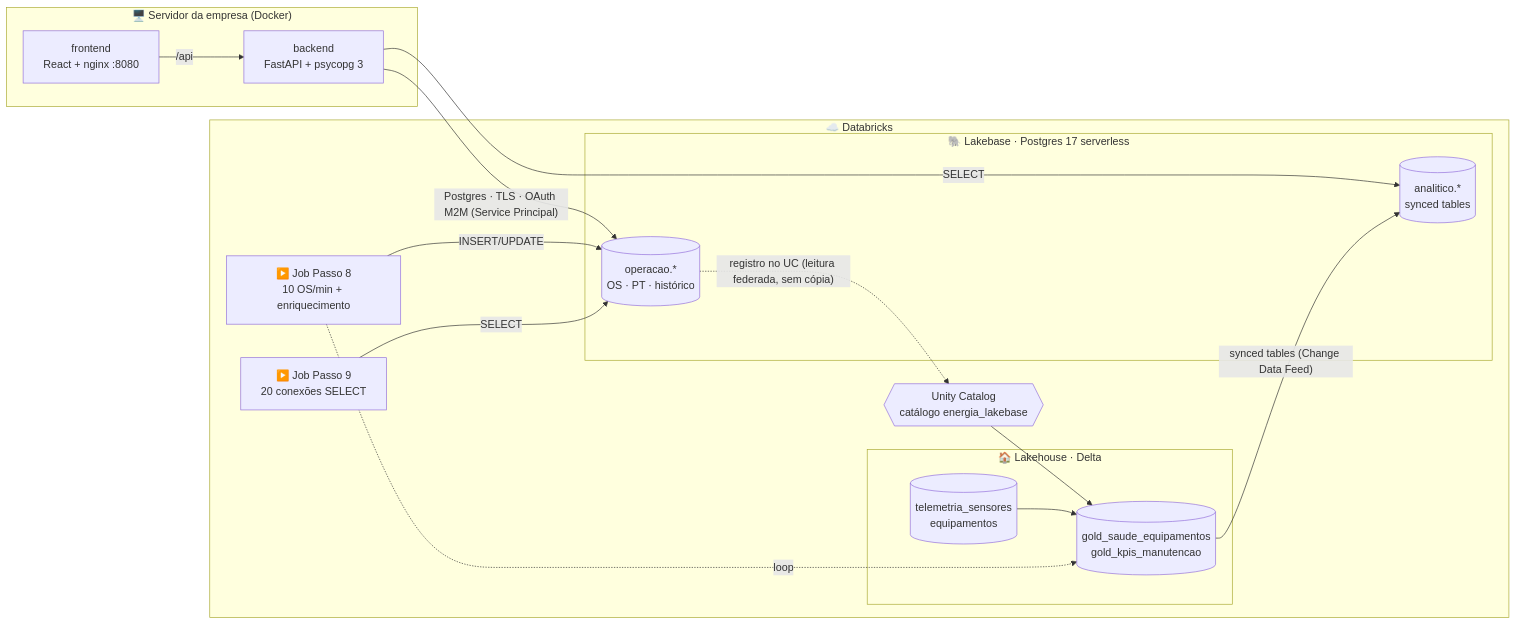
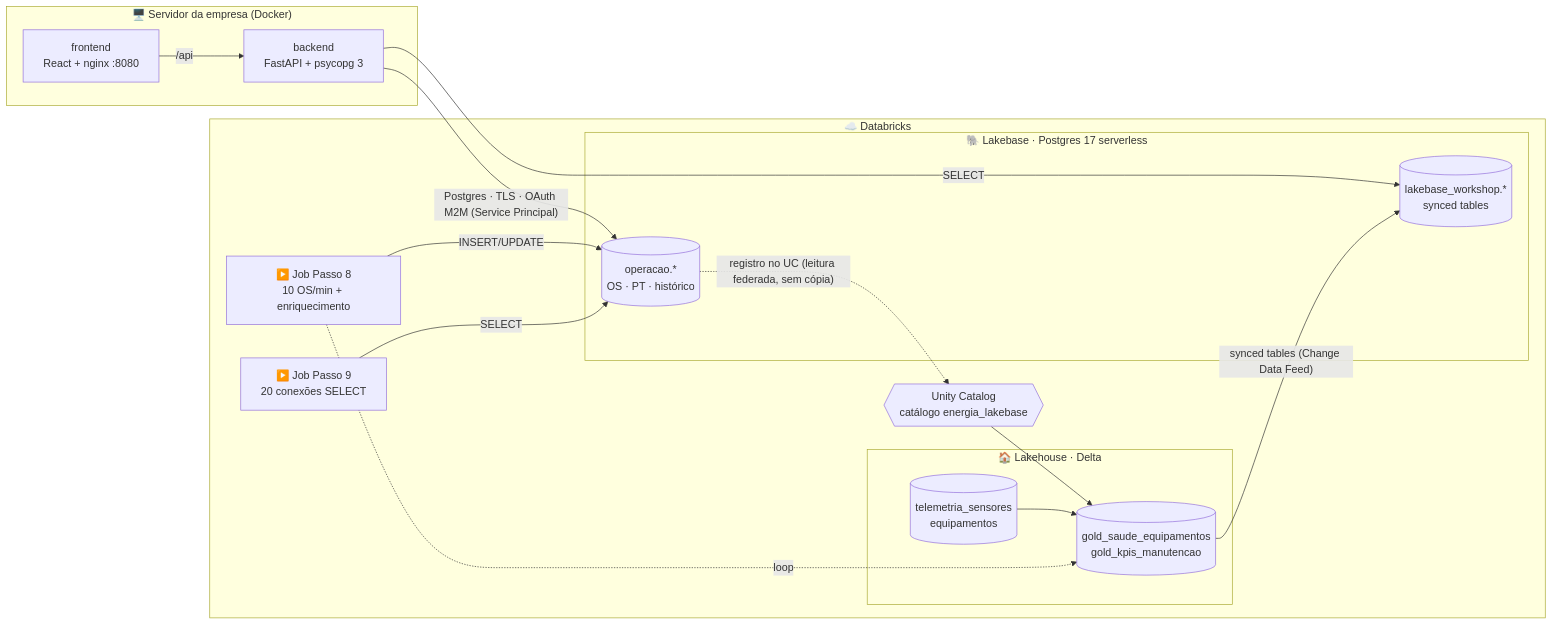
One commit to Gabriel-Rangel/lakebase-demo changed the diagram in README.md. Above: the diagram before and after it, drawn with Mermaid. The commit also changed other lines of this file and 41 other files, not shown here.

````diff
--- a/README.md
+++ b/README.md
@@ -50,30 +54,30 @@
 ```mermaid
 flowchart LR
     subgraph SRV["🖥️ Servidor da empresa (Docker)"]
         FE["frontend<br/>React + nginx :8080"] -->|/api| BE["backend<br/>FastAPI + psycopg 3"]
     end
 
     subgraph DBX["☁️ Databricks"]
         subgraph LB["🐘 Lakebase · Postgres 17 serverless"]
             OLTP[("operacao.*<br/>OS · PT · histórico")]
-            SYN[("analitico.*<br/>synced tables")]
+            SYN[("lakebase_workshop.*<br/>synced tables")]
         end
         subgraph LH["🏠 Lakehouse · Delta"]
             TEL[("telemetria_sensores<br/>equipamentos")]
             GOLD[("gold_saude_equipamentos<br/>gold_kpis_manutencao")]
         end
         UC{{"Unity Catalog<br/>catálogo energia_lakebase"}}
         J8["▶️ Job Passo 8<br/>10 OS/min + enriquecimento"]
         J9["▶️ Job Passo 9<br/>20 conexões SELECT"]
     end
 
     BE -- "Postgres · TLS · OAuth M2M (Service Principal)" --> OLTP
     BE -- SELECT --> SYN
     OLTP -. "registro no UC (leitura federada, sem cópia)" .-> UC
     UC --> GOLD
     TEL --> GOLD
     GOLD -- "synced tables (Change Data Feed)" --> SYN
     J8 -- INSERT/UPDATE --> OLTP
     J8 -. loop .-> GOLD
     J9 -- SELECT --> OLTP
 ```
````
